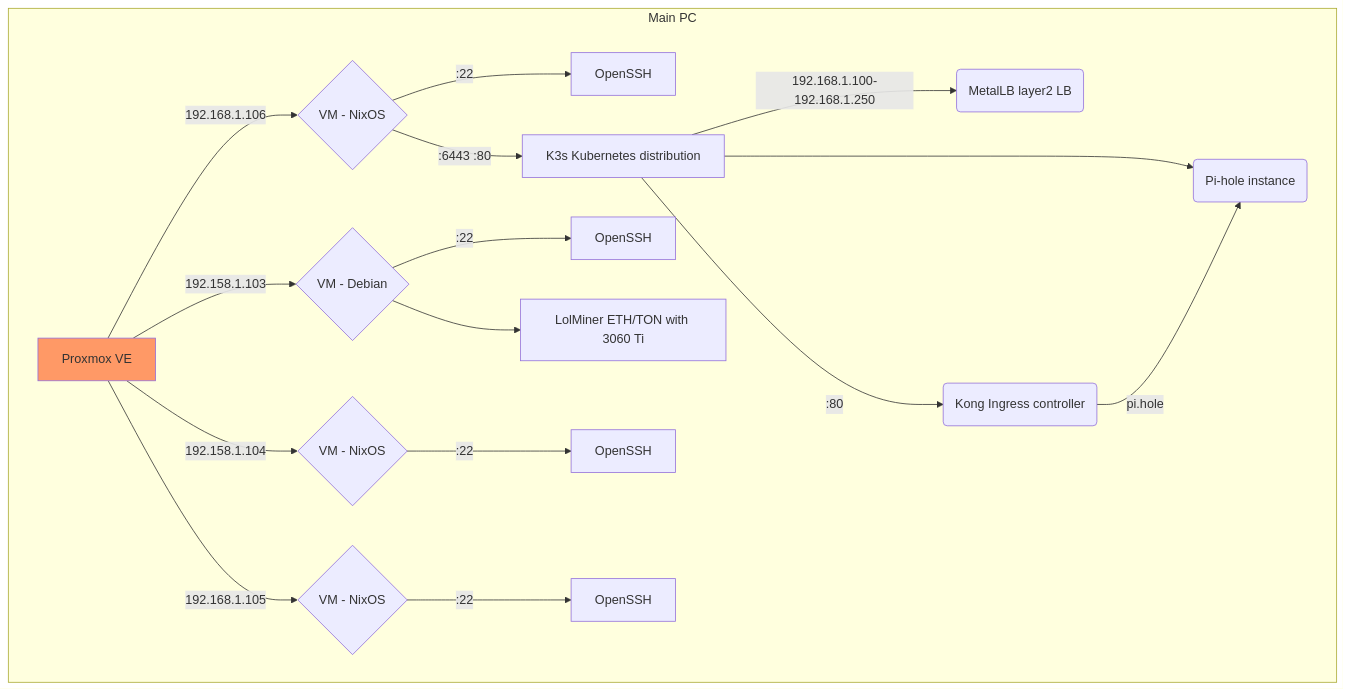
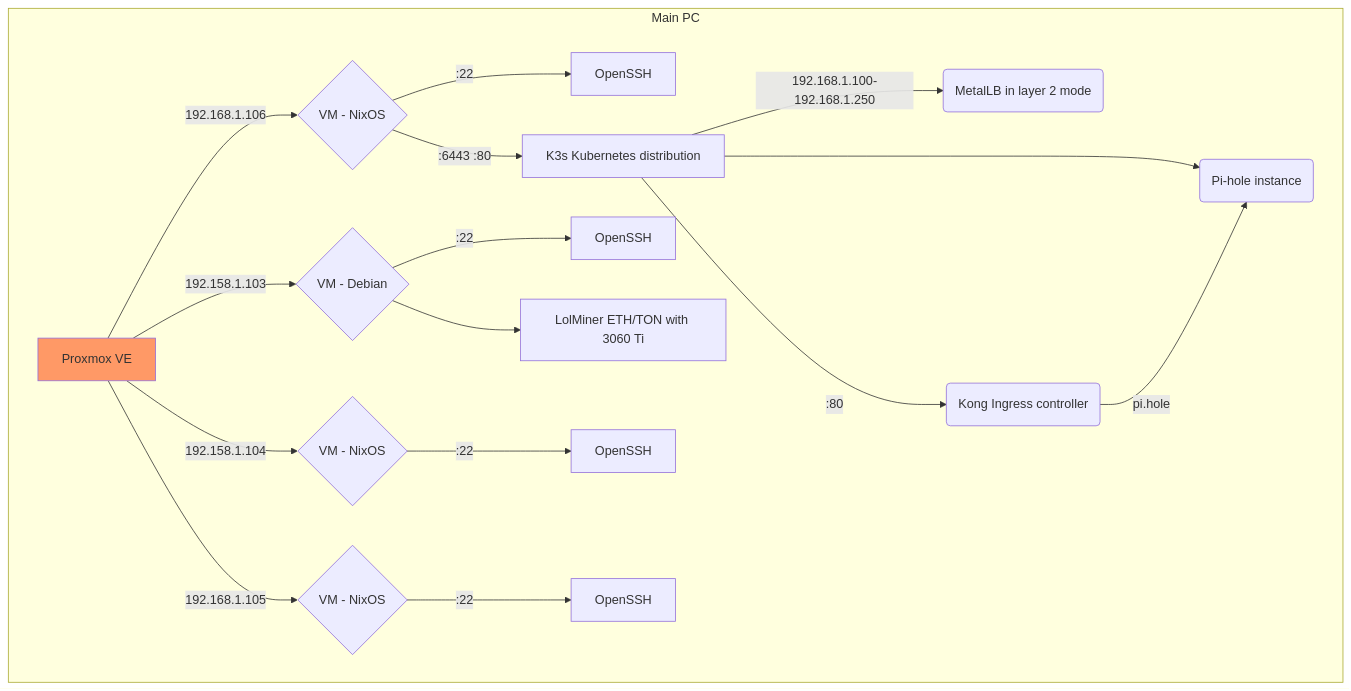
The diagram in homelab/README.md (portothree/dotfiles), drawn with Mermaid before and after one commit.

Commit message:
docs: update diagrams

````diff
--- a/homelab/README.md
+++ b/homelab/README.md
@@ -3,26 +3,26 @@
 ```mermaid
 graph TD
 	subgraph Main PC
 		A[Proxmox VE] -->|192.168.1.106| 100{VM - NixOS};
 		100 -->|:22| 100_ssh[OpenSSH];
 		100 -->|:6443 :80| K3s[K3s Kubernetes distribution];
-		K3s -->|192.168.1.100-192.168.1.250| MetalLB(MetalLB layer2 LB);
+		K3s -->|192.168.1.100-192.168.1.250| MetalLB(MetalLB in layer 2 mode);
 		click MetalLB "https://metallb.org/concepts/layer2" _blank
 		K3s -->|:80| Kong(Kong Ingress controller);
 		K3s --> Pi-hole(Pi-hole instance);
 		Kong -->|pi.hole| Pi-hole;
 		
 		A -->|192.158.1.103| 102{VM - Debian};
 		102 -->|:22| 102_ssh[OpenSSH];
 		102 --> lolminer[LolMiner ETH/TON with 3060 Ti];
 		
 		A -->|192.158.1.104| 103{VM - NixOS};
 		103 -->|:22| 103_ssh[OpenSSH];
 		
 		A -->|192.168.1.105| 104{VM - NixOS};
 		104 -->|:22| 104_ssh[OpenSSH];
 	end
 	
 	classDef orange fill:#f96;
 	class A orange
 ```
````
